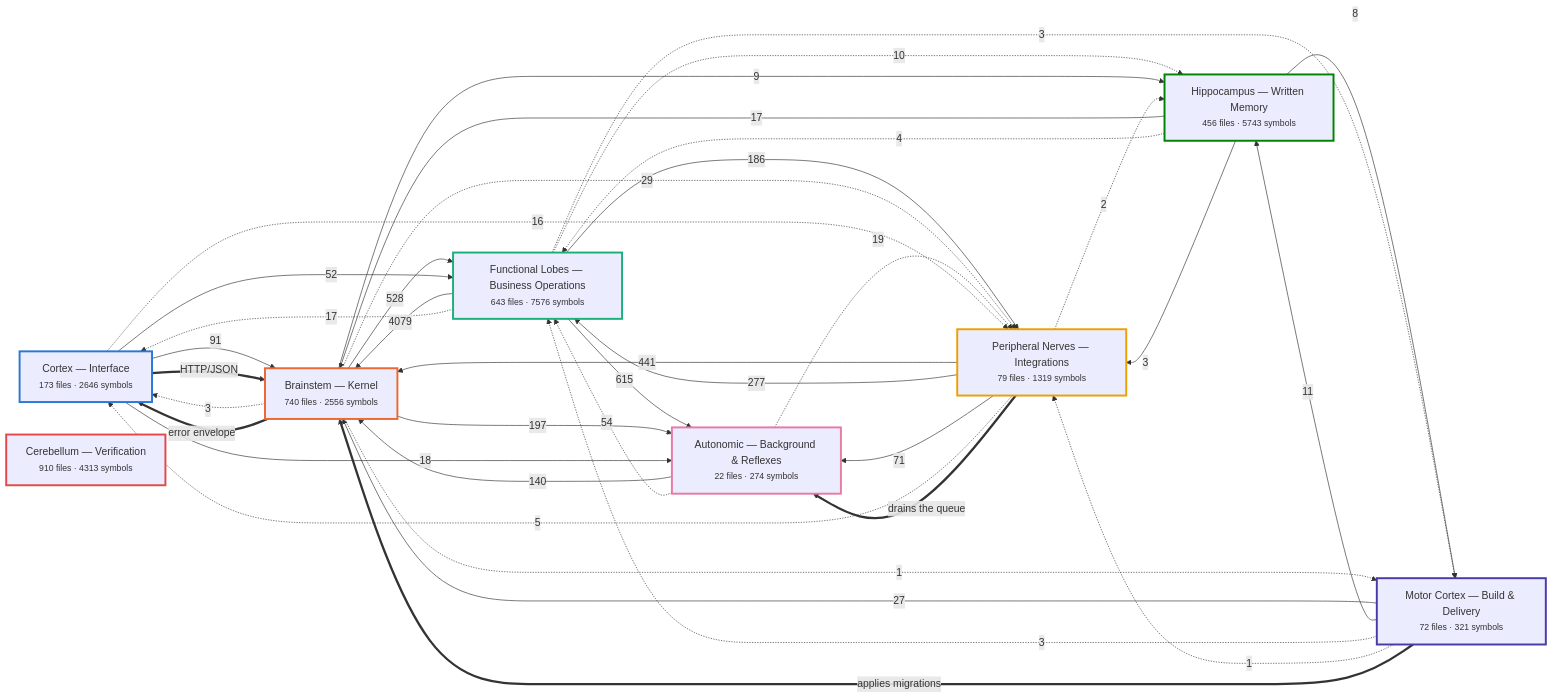
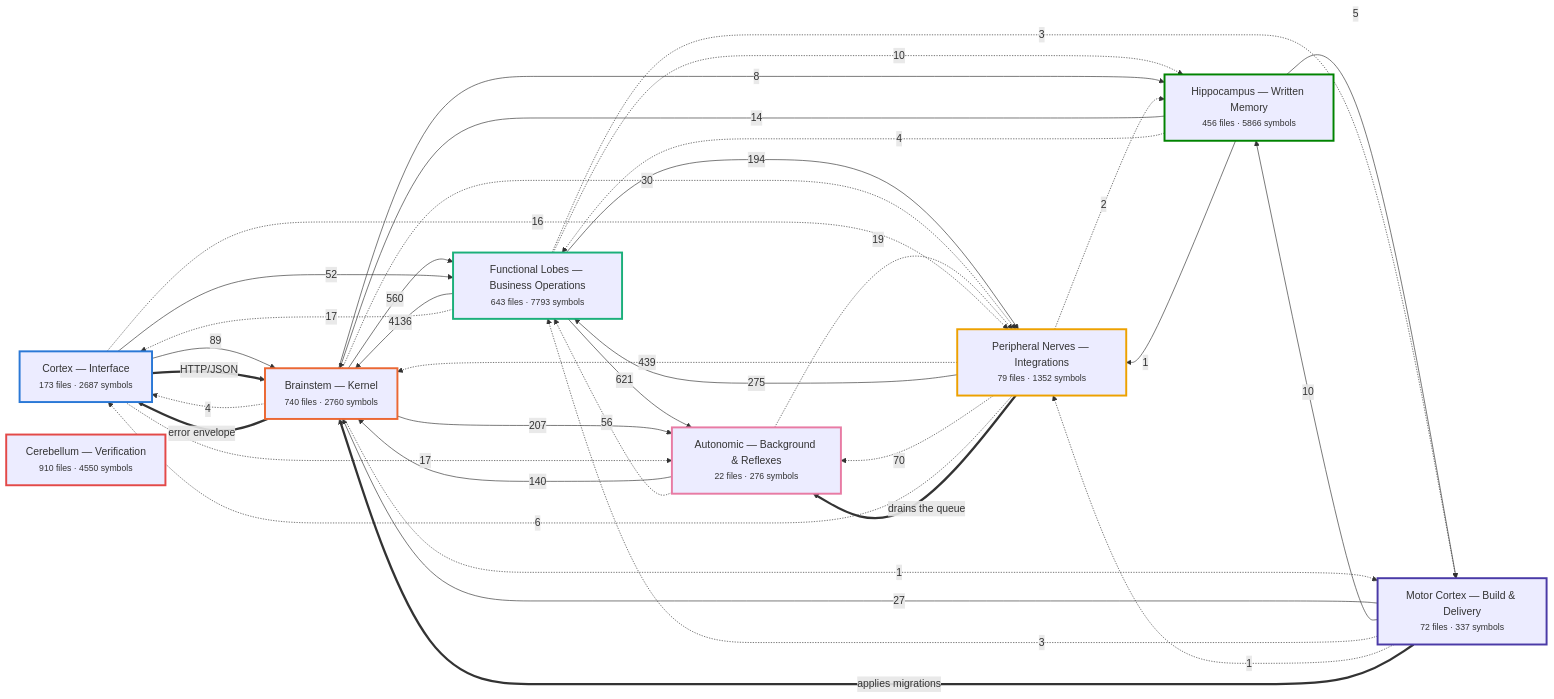
Before and after one commit to Vishalnayak226/custom_erp: the first of 7 diagrams in docs/brain/brain-map.md, drawn with Mermaid. The commit also changed other lines of this file and 9 other files, not shown here.

````diff
--- a/docs/brain/brain-map.md
+++ b/docs/brain/brain-map.md
@@ -35,63 +35,63 @@
 ```mermaid
 flowchart LR
-  n_cortex["Cortex — Interface<br/><small>173 files · 2646 symbols</small>"]
-  n_brainstem["Brainstem — Kernel<br/><small>740 files · 2556 symbols</small>"]
-  n_business["Functional Lobes — Business Operations<br/><small>643 files · 7576 symbols</small>"]
-  n_peripheral["Peripheral Nerves — Integrations<br/><small>79 files · 1319 symbols</small>"]
-  n_autonomic["Autonomic — Background & Reflexes<br/><small>22 files · 274 symbols</small>"]
-  n_memory["Hippocampus — Written Memory<br/><small>456 files · 5743 symbols</small>"]
-  n_motor["Motor Cortex — Build & Delivery<br/><small>72 files · 321 symbols</small>"]
-  n_verification["Cerebellum — Verification<br/><small>910 files · 4313 symbols</small>"]
-  n_business -->|4079| n_brainstem
-  n_business -->|615| n_autonomic
-  n_brainstem -->|528| n_business
-  n_peripheral -->|441| n_brainstem
-  n_peripheral -->|277| n_business
-  n_brainstem -->|197| n_autonomic
-  n_business -->|186| n_peripheral
+  n_cortex["Cortex — Interface<br/><small>173 files · 2687 symbols</small>"]
+  n_brainstem["Brainstem — Kernel<br/><small>740 files · 2760 symbols</small>"]
+  n_business["Functional Lobes — Business Operations<br/><small>643 files · 7793 symbols</small>"]
+  n_peripheral["Peripheral Nerves — Integrations<br/><small>79 files · 1352 symbols</small>"]
+  n_autonomic["Autonomic — Background & Reflexes<br/><small>22 files · 276 symbols</small>"]
+  n_memory["Hippocampus — Written Memory<br/><small>456 files · 5866 symbols</small>"]
+  n_motor["Motor Cortex — Build & Delivery<br/><small>72 files · 337 symbols</small>"]
+  n_verification["Cerebellum — Verification<br/><small>910 files · 4550 symbols</small>"]
+  n_business -->|4136| n_brainstem
+  n_business -->|621| n_autonomic
+  n_brainstem -->|560| n_business
+  n_peripheral -.->|439| n_brainstem
+  n_peripheral -->|275| n_business
+  n_brainstem -->|207| n_autonomic
+  n_business -->|194| n_peripheral
   n_autonomic -->|140| n_brainstem
-  n_cortex -->|91| n_brainstem
-  n_peripheral -->|71| n_autonomic
-  n_autonomic -.->|54| n_business
+  n_cortex -->|89| n_brainstem
+  n_peripheral -.->|70| n_autonomic
+  n_autonomic -.->|56| n_business
   n_cortex -->|52| n_business
-  n_brainstem -.->|29| n_peripheral
+  n_brainstem -.->|30| n_peripheral
   n_motor -->|27| n_brainstem
   n_autonomic -.->|19| n_peripheral
-  n_cortex -->|18| n_autonomic
   n_business -.->|17| n_cortex
-  n_memory -->|17| n_brainstem
+  n_cortex -.->|17| n_autonomic
   n_cortex -.->|16| n_peripheral
-  n_motor -->|11| n_memory
+  n_memory -->|14| n_brainstem
   n_business -.->|10| n_memory
-  n_brainstem -->|9| n_memory
-  n_memory -->|8| n_motor
-  n_peripheral -.->|5| n_cortex
+  n_motor -->|10| n_memory
+  n_brainstem -->|8| n_memory
+  n_peripheral -.->|6| n_cortex
+  n_memory -->|5| n_motor
+  n_brainstem -.->|4| n_cortex
   n_memory -.->|4| n_business
-  n_brainstem -.->|3| n_cortex
   n_business -.->|3| n_motor
-  n_memory -->|3| n_peripheral
   n_motor -.->|3| n_business
   n_peripheral -.->|2| n_memory
   n_brainstem -.->|1| n_motor
+  n_memory -->|1| n_peripheral
   n_motor -.->|1| n_peripheral
   n_brainstem ==>|error envelope| n_cortex
   n_cortex ==>|HTTP/JSON| n_brainstem
   n_motor ==>|applies migrations| n_brainstem
   n_peripheral ==>|drains the queue| n_autonomic
   classDef n_cortex stroke:#2a78d6,stroke-width:3px;
   class n_cortex n_cortex;
   classDef n_brainstem stroke:#eb6834,stroke-width:3px;
   class n_brainstem n_brainstem;
   classDef n_business stroke:#1baf7a,stroke-width:3px;
   class n_business n_business;
   classDef n_peripheral stroke:#eda100,stroke-width:3px;
   class n_peripheral n_peripheral;
   classDef n_autonomic stroke:#e87ba4,stroke-width:3px;
   class n_autonomic n_autonomic;
   classDef n_memory stroke:#008300,stroke-width:3px;
   class n_memory n_memory;
   classDef n_motor stroke:#4a3aa7,stroke-width:3px;
   class n_motor n_motor;
   classDef n_verification stroke:#e34948,stroke-width:3px;
   class n_verification n_verification;
 ```
````
